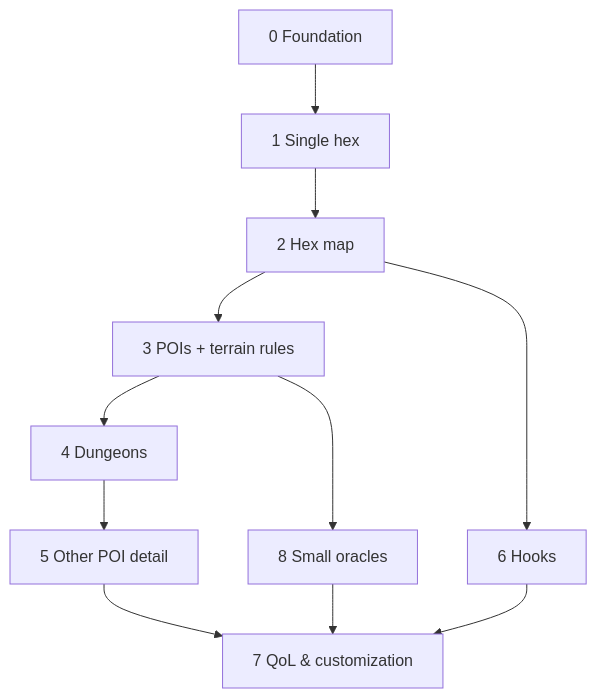
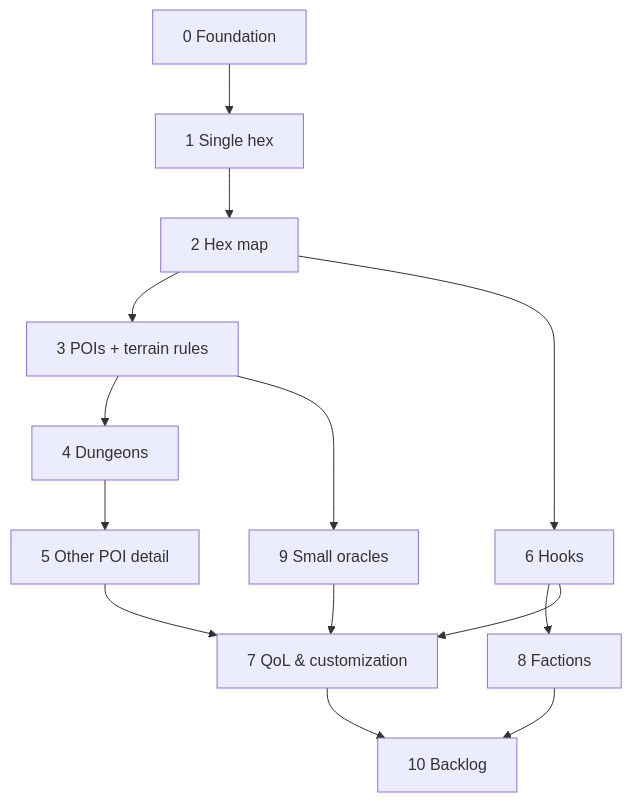
One commit to jon-peel/solopg changed the diagram in PLAN.md. Above: the diagram before and after it, drawn with Mermaid. The commit also changed other lines of this file and 9 other files, not shown here.

First line of the commit message:
Phase 7.9 POI dot polish + roadmap renumbering (Factions→8, oracles→9, backlog→10) (#9)

````diff
--- a/PLAN.md
+++ b/PLAN.md
@@ -605,10 +618,13 @@
 ```mermaid
 graph TD
     P0[0 Foundation] --> P1[1 Single hex] --> P2[2 Hex map] --> P3[3 POIs + terrain rules]
     P3 --> P4[4 Dungeons] --> P5[5 Other POI detail]
     P2 --> P6[6 Hooks]
-    P3 --> P8[8 Small oracles]
+    P6 --> P8[8 Factions]
+    P3 --> P9[9 Small oracles]
     P5 --> P7[7 QoL & customization]
     P6 --> P7
-    P8 --> P7
+    P9 --> P7
+    P7 --> P10[10 Backlog]
+    P8 --> P10
 ```
````
